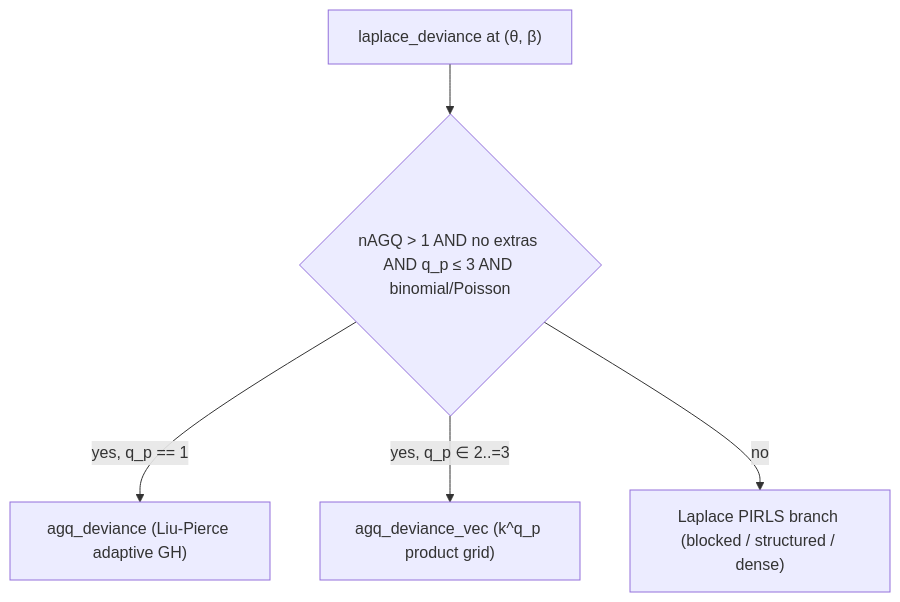
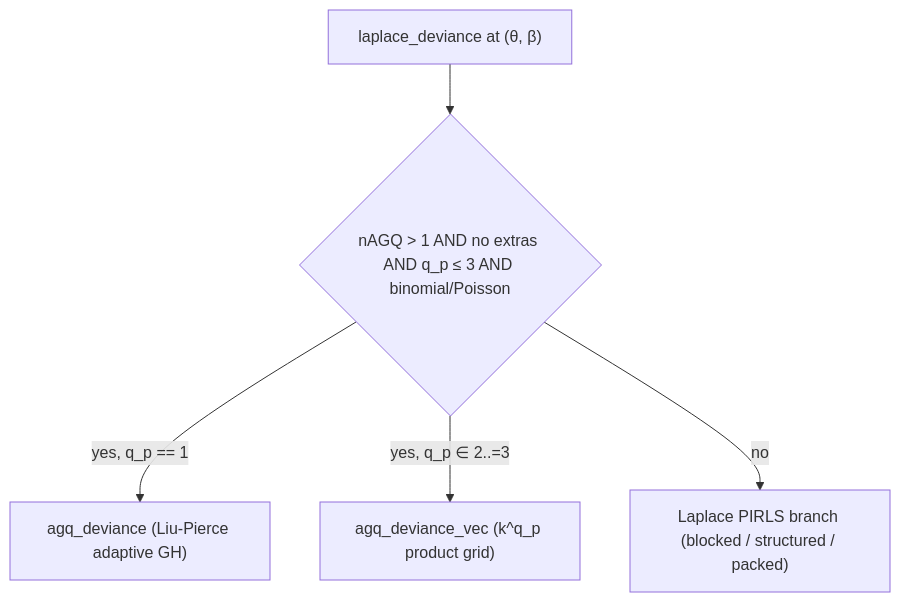
The second of 2 diagrams in documentation/algorithms-glmm.md (pawlenartowicz/glmm), drawn with Mermaid before and after one commit. The commit also changed other lines of this file and 101 other files, not shown here.

````diff
--- a/documentation/algorithms-glmm.md
+++ b/documentation/algorithms-glmm.md
@@ -275,7 +280,7 @@
 ```mermaid
 flowchart TD
   A["laplace_deviance at (θ, β)"] --> B{"nAGQ > 1 AND no extras AND q_p ≤ 3 AND binomial/Poisson"}
   B -->|"yes, q_p == 1"| C["agq_deviance (Liu-Pierce adaptive GH)"]
   B -->|"yes, q_p ∈ 2..=3"| E["agq_deviance_vec (k^q_p product grid)"]
-  B -->|no| D["Laplace PIRLS branch (blocked / structured / dense)"]
+  B -->|no| D["Laplace PIRLS branch (blocked / structured / packed)"]
 ```
````
